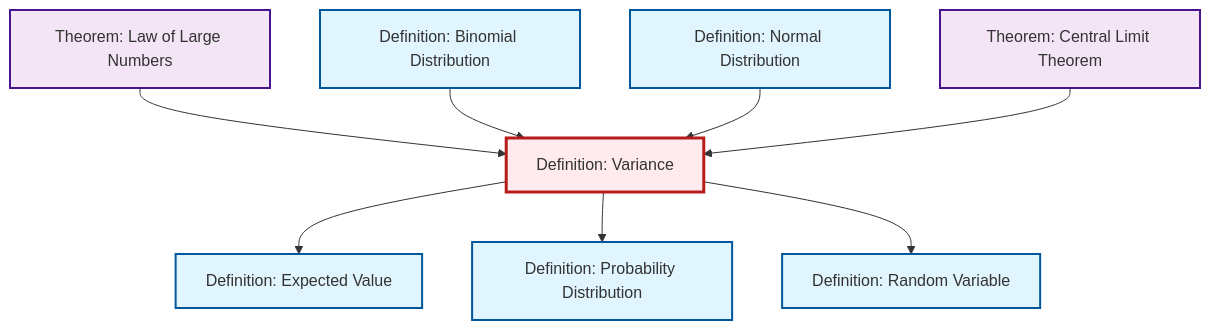
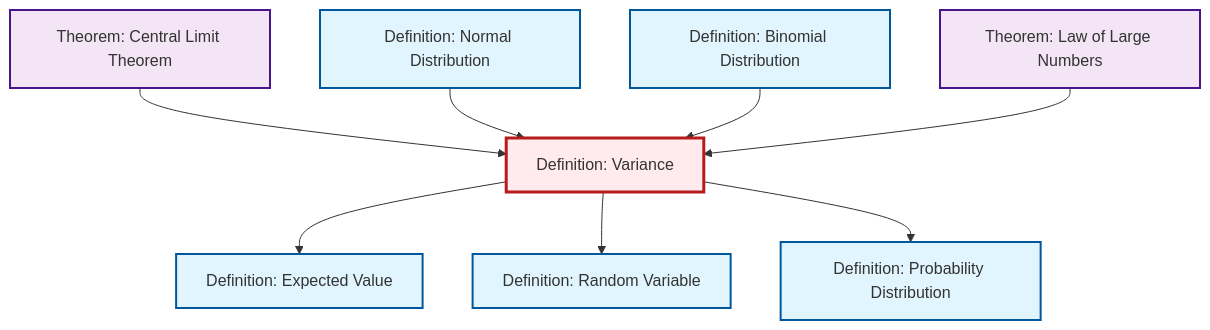
Before and after one commit to RK0429/ModernMath: the second of 2 diagrams in content/en/probability-statistics/def-variance.qmd, drawn with Mermaid. The commit also changed other lines of this file and 1069 other files, not shown here.

````diff
--- a/content/en/probability-statistics/def-variance.qmd
+++ b/content/en/probability-statistics/def-variance.qmd
@@ -102,32 +102,32 @@
 ```{mermaid}
 %%| fig-cap: "Local dependency graph"
 graph TD
     classDef definition fill:#e1f5fe,stroke:#01579b,stroke-width:2px
     classDef theorem fill:#f3e5f5,stroke:#4a148c,stroke-width:2px
     classDef axiom fill:#fff3e0,stroke:#e65100,stroke-width:2px
     classDef example fill:#e8f5e9,stroke:#1b5e20,stroke-width:2px
     classDef current fill:#ffebee,stroke:#b71c1c,stroke-width:3px
     def-expectation["Definition: Expected Value"]:::definition
+    thm-central-limit["Theorem: Central Limit Theorem"]:::theorem
     def-binomial-distribution["Definition: Binomial Distribution"]:::definition
+    def-random-variable["Definition: Random Variable"]:::definition
+    def-variance["Definition: Variance"]:::definition
     thm-law-of-large-numbers["Theorem: Law of Large Numbers"]:::theorem
-    def-variance["Definition: Variance"]:::definition
     def-probability-distribution["Definition: Probability Distribution"]:::definition
     def-normal-distribution["Definition: Normal Distribution"]:::definition
-    def-random-variable["Definition: Random Variable"]:::definition
-    thm-central-limit["Theorem: Central Limit Theorem"]:::theorem
     def-variance --> def-expectation
-    thm-law-of-large-numbers --> def-variance
-    def-binomial-distribution --> def-variance
-    def-variance --> def-probability-distribution
-    def-normal-distribution --> def-variance
     thm-central-limit --> def-variance
     def-variance --> def-random-variable
+    def-normal-distribution --> def-variance
+    def-binomial-distribution --> def-variance
+    thm-law-of-large-numbers --> def-variance
+    def-variance --> def-probability-distribution
     class def-variance current
     click def-expectation "def-expectation.html" "Go to Expected Value definition"
+    click thm-central-limit "thm-central-limit.html" "Go to Central Limit Theorem theorem"
     click def-binomial-distribution "def-binomial-distribution.html" "Go to Binomial Distribution definition"
+    click def-random-variable "def-random-variable.html" "Go to Random Variable definition"
     click thm-law-of-large-numbers "thm-law-of-large-numbers.html" "Go to Law of Large Numbers theorem"
     click def-probability-distribution "def-probability-distribution.html" "Go to Probability Distribution definition"
     click def-normal-distribution "def-normal-distribution.html" "Go to Normal Distribution definition"
-    click def-random-variable "def-random-variable.html" "Go to Random Variable definition"
-    click thm-central-limit "thm-central-limit.html" "Go to Central Limit Theorem theorem"
 ```
````
